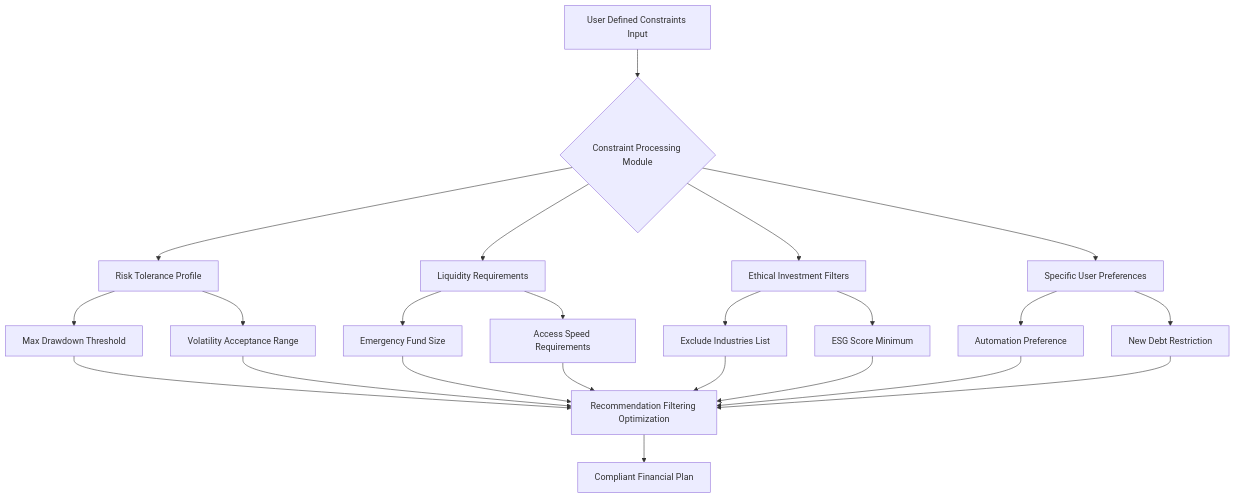
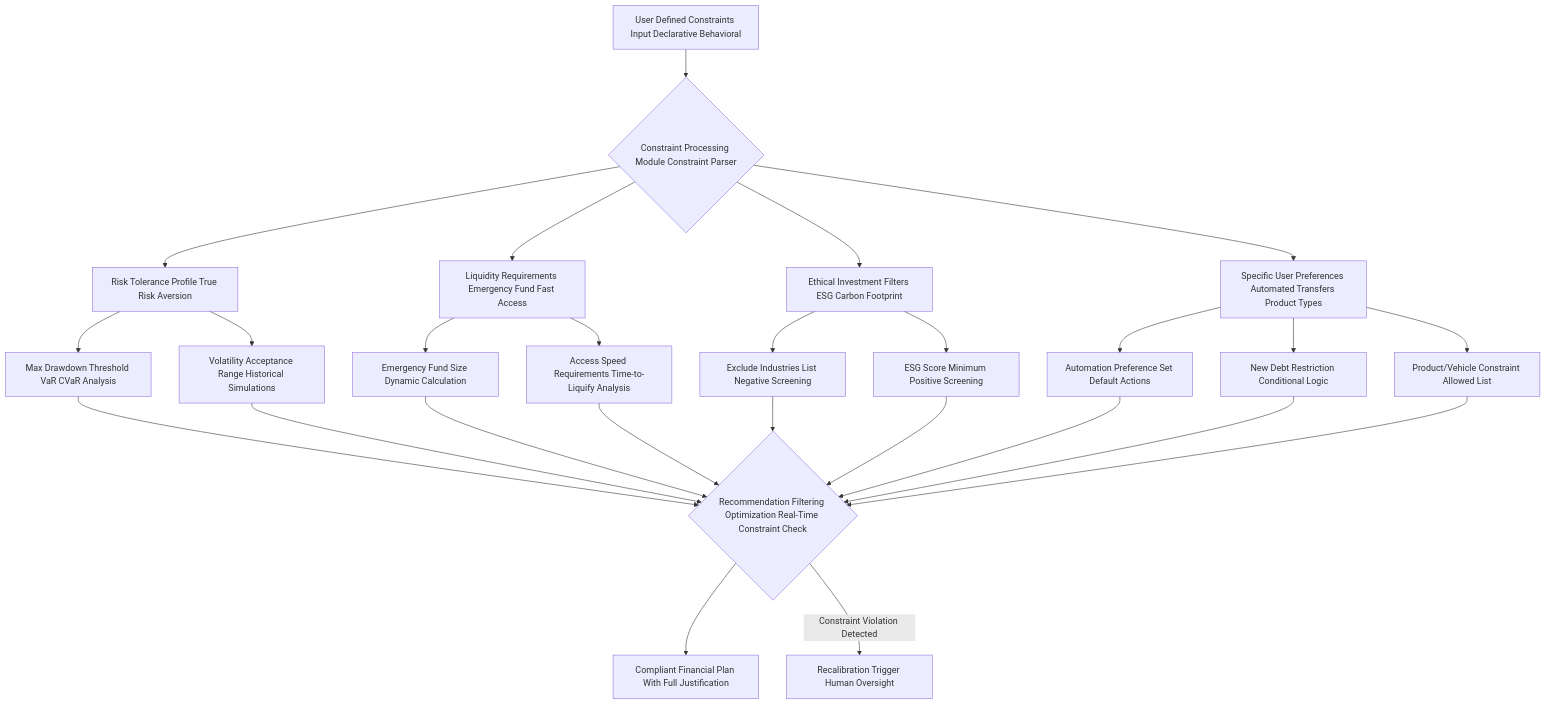
One commit to diplomat-bit/Citibank_Demo_Business_Inc_Demonstration- changed the fourth of 12 diagrams in inventions/004_ai_financial_plan_for_goals/generative_ai_prompt_template.md. Above: the diagram before and after it, drawn with Mermaid. The commit also changed other lines of this file, not shown here.

````diff
--- a/inventions/004_ai_financial_plan_for_goals/generative_ai_prompt_template.md
+++ b/inventions/004_ai_financial_plan_for_goals/generative_ai_prompt_template.md
@@ -194,18 +356,20 @@
 ```mermaid
 graph TD
-    A[User Defined Constraints Input] --> B{Constraint Processing Module}
-    B --> C1[Risk Tolerance Profile]
-    B --> C2[Liquidity Requirements]
-    B --> C3[Ethical Investment Filters]
-    B --> C4[Specific User Preferences]
-    C1 --> D1[Max Drawdown Threshold]
-    C1 --> D2[Volatility Acceptance Range]
-    C2 --> D3[Emergency Fund Size]
-    C2 --> D4[Access Speed Requirements]
-    C3 --> D5[Exclude Industries List]
-    C3 --> D6[ESG Score Minimum]
-    C4 --> D7[Automation Preference]
-    C4 --> D8[New Debt Restriction]
-    D1 & D2 & D3 & D4 & D5 & D6 & D7 & D8 --> E[Recommendation Filtering Optimization]
-    E --> F[Compliant Financial Plan]
+    A[User Defined Constraints Input Declarative Behavioral] --> B{Constraint Processing Module Constraint Parser}
+    B --> C1[Risk Tolerance Profile True Risk Aversion]
+    B --> C2[Liquidity Requirements Emergency Fund Fast Access]
+    B --> C3[Ethical Investment Filters ESG Carbon Footprint]
+    B --> C4[Specific User Preferences Automated Transfers Product Types]
+    C1 --> D1[Max Drawdown Threshold VaR CVaR Analysis]
+    C1 --> D2[Volatility Acceptance Range Historical Simulations]
+    C2 --> D3[Emergency Fund Size Dynamic Calculation]
+    C2 --> D4[Access Speed Requirements Time-to-Liquify Analysis]
+    C3 --> D5[Exclude Industries List Negative Screening]
+    C3 --> D6[ESG Score Minimum Positive Screening]
+    C4 --> D7[Automation Preference Set Default Actions]
+    C4 --> D8[New Debt Restriction Conditional Logic]
+    C4 --> D9[Product/Vehicle Constraint Allowed List]
+    D1 & D2 & D3 & D4 & D5 & D6 & D7 & D8 & D9 --> E{Recommendation Filtering Optimization Real-Time Constraint Check}
+    E --> F[Compliant Financial Plan With Full Justification]
+    E -- Constraint Violation Detected --> Z[Recalibration Trigger Human Oversight]
 ```
````
